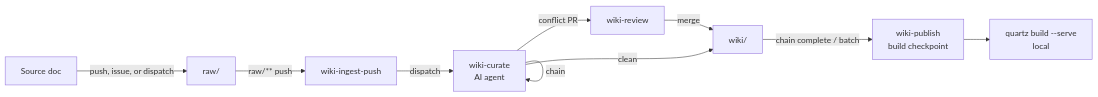
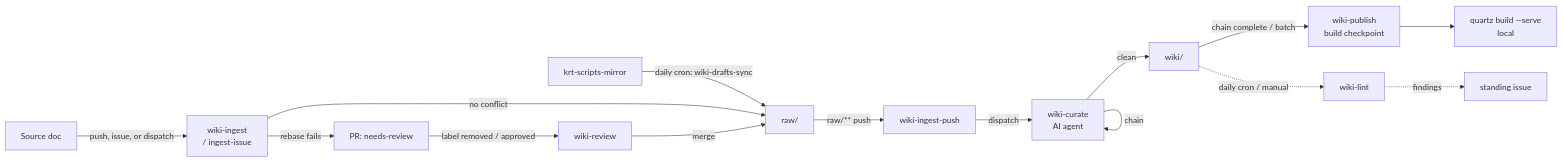
The diagram in docs/architecture.md (jambit-AIASD/llm-wiki-starter), drawn with Mermaid before and after one commit. The commit also changed 1 other file, not shown here.

````diff
--- a/docs/architecture.md
+++ b/docs/architecture.md
@@ -114,12 +114,17 @@
 ```mermaid
 flowchart LR
-    A[Source doc] -->|push, issue, or dispatch| B[raw/]
+    A[Source doc] -->|push, issue, or dispatch| IN[wiki-ingest<br/>/ ingest-issue]
+    A2[krt-scripts-mirror] -->|daily cron: wiki-drafts-sync| B[raw/]
+    IN -->|no conflict| B
+    IN -->|rebase fails| PR[PR: needs-review]
+    PR -->|label removed / approved| E[wiki-review]
+    E -->|merge| B
     B -->|raw/** push| C[wiki-ingest-push]
     C -->|dispatch| D[wiki-curate<br/>AI agent]
     D -->|chain| D
-    D -->|conflict PR| E[wiki-review]
-    E -->|merge| F[wiki/]
-    D -->|clean| F
+    D -->|clean| F[wiki/]
     F -->|chain complete / batch| G[wiki-publish<br/>build checkpoint]
     G --> H[quartz build --serve<br/>local]
+    F -.->|daily cron / manual| L[wiki-lint]
+    L -.->|findings| M[standing issue]
 ```
````
